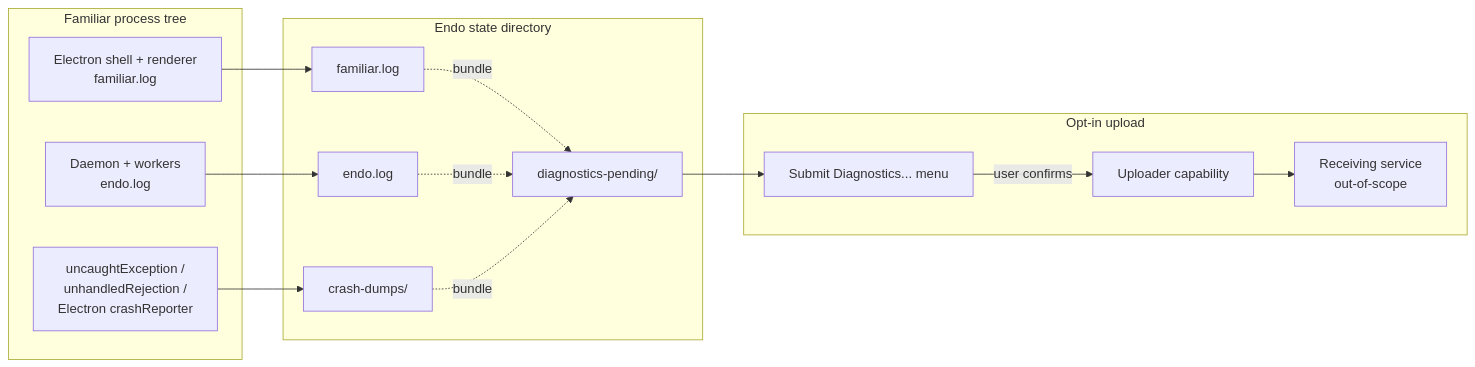
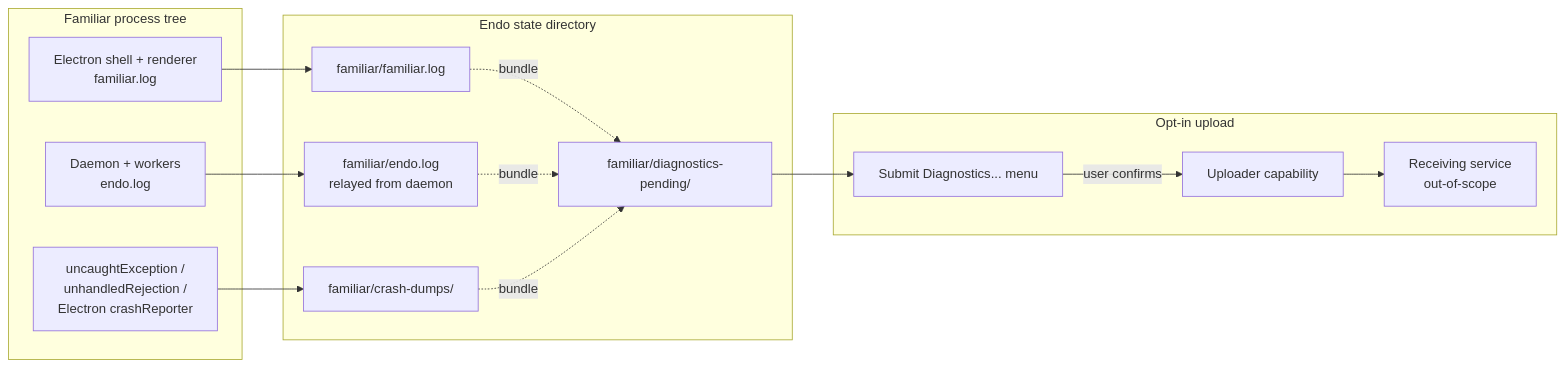
The first of 2 diagrams in designs/familiar-telemetry-crash-reporting.md (endojs/endo-but-for-bots), drawn with Mermaid before and after one commit. The commit also changed other lines of this file and 1 other file, not shown here.

````diff
--- a/designs/familiar-telemetry-crash-reporting.md
+++ b/designs/familiar-telemetry-crash-reporting.md
@@ -59,31 +47,31 @@
 ```mermaid
 flowchart LR
   subgraph Familiar[Familiar process tree]
     L[Electron shell + renderer<br/>familiar.log]
     D[Daemon + workers<br/>endo.log]
     C[uncaughtException /<br/>unhandledRejection /<br/>Electron crashReporter]
   end
 
   subgraph Local[Endo state directory]
-    LF[familiar.log]
-    DF[endo.log]
-    CD[crash-dumps/]
-    PD[diagnostics-pending/]
+    LF[familiar/familiar.log]
+    DF[familiar/endo.log<br/>relayed from daemon]
+    CD[familiar/crash-dumps/]
+    PD[familiar/diagnostics-pending/]
   end
 
   subgraph Optional[Opt-in upload]
     UI[Submit Diagnostics... menu]
     U[Uploader capability]
     R[Receiving service<br/>out-of-scope]
   end
 
   L --> LF
   D --> DF
   C --> CD
   LF -.bundle.-> PD
   DF -.bundle.-> PD
   CD -.bundle.-> PD
   PD --> UI
   UI -->|user confirms| U
   U --> R
 ```
````
